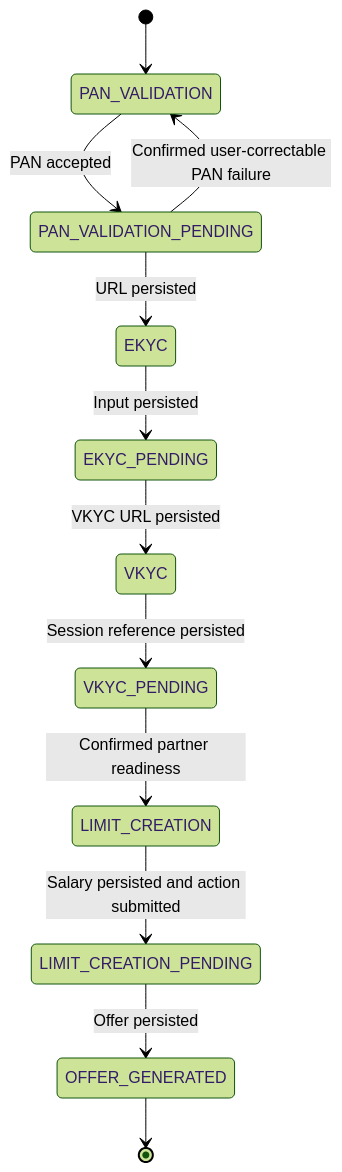
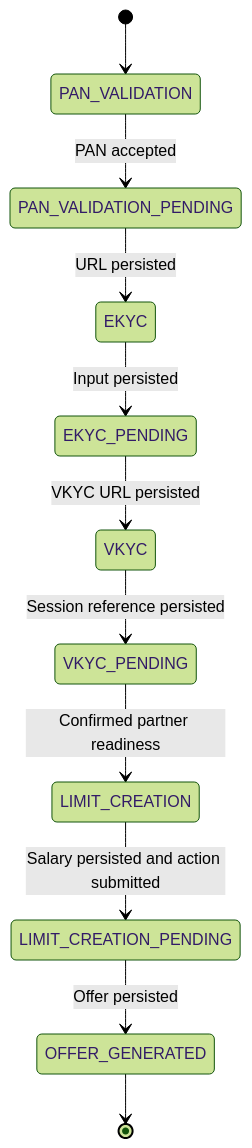
One commit to vineet224/first_project changed the second of 3 diagrams in systemdesign2.md. Above: the diagram before and after it, drawn with Mermaid (forest theme). The commit also changed other lines of this file and 2 other files, not shown here.

````diff
--- a/systemdesign2.md
+++ b/systemdesign2.md
@@ -97,14 +99,13 @@
 ```mermaid
 stateDiagram-v2
     [*] --> PAN_VALIDATION
     PAN_VALIDATION --> PAN_VALIDATION_PENDING: PAN accepted
     PAN_VALIDATION_PENDING --> EKYC: URL persisted
-    PAN_VALIDATION_PENDING --> PAN_VALIDATION: Confirmed user-correctable PAN failure
     EKYC --> EKYC_PENDING: Input persisted
     EKYC_PENDING --> VKYC: VKYC URL persisted
     VKYC --> VKYC_PENDING: Session reference persisted
     VKYC_PENDING --> LIMIT_CREATION: Confirmed partner readiness
     LIMIT_CREATION --> LIMIT_CREATION_PENDING: Salary persisted and action submitted
     LIMIT_CREATION_PENDING --> OFFER_GENERATED: Offer persisted
     OFFER_GENERATED --> [*]
 ```
````
